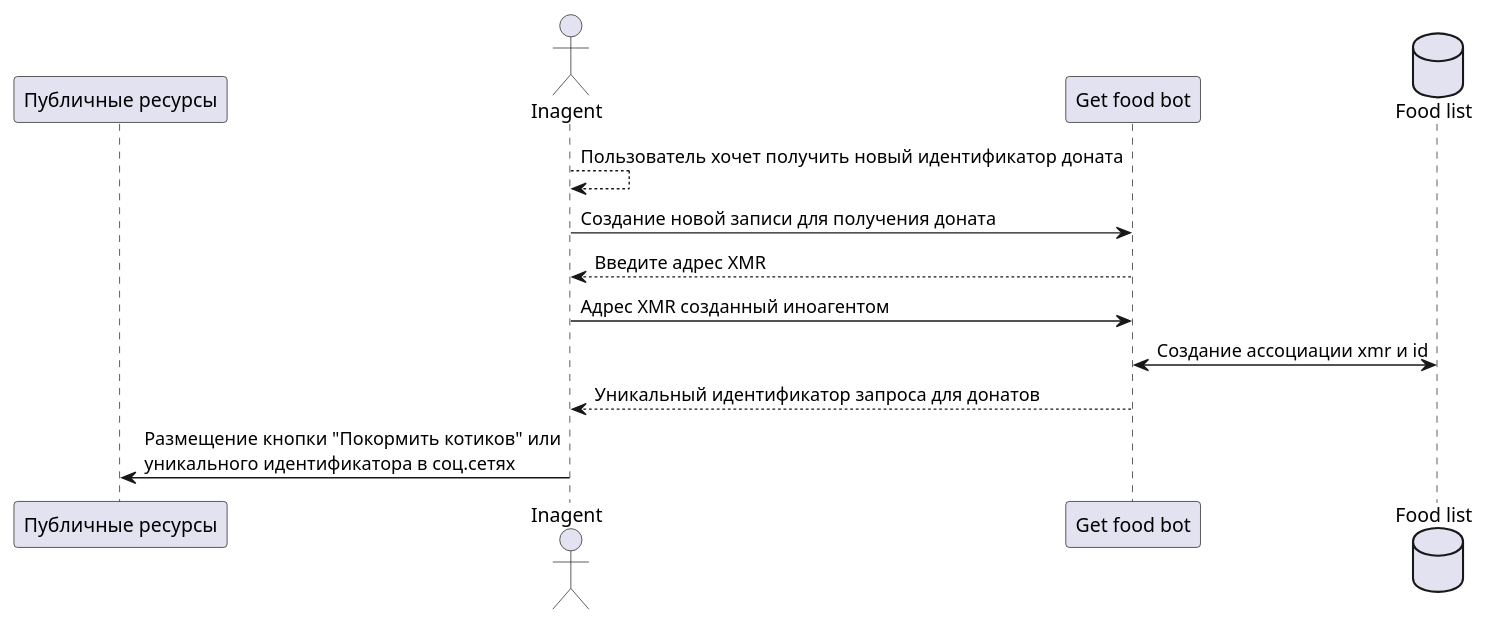
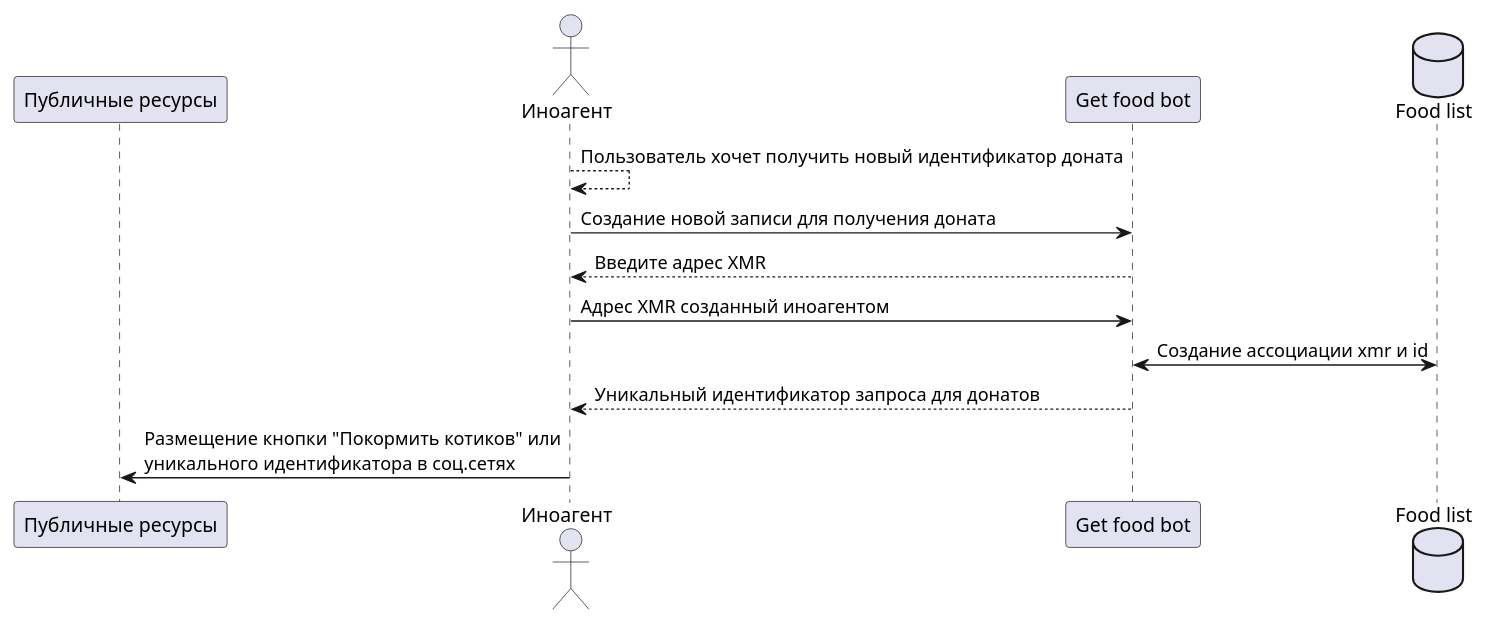
Before and after one commit to lucomsky/quantun: the diagram in user_flow_diagrams/schemes/get_food.puml, drawn with PlantUML.

Commit message:
Fix inoagent naming

```diff
--- a/user_flow_diagrams/schemes/get_food.puml
+++ b/user_flow_diagrams/schemes/get_food.puml
@@ -1,14 +1,14 @@
 @startuml
 participant      "Публичные ресурсы"      as p_res
-actor       Inagent       as usr
+actor       Иноагент       as usr
 participant      "Get food bot"      as gfb
 database    "Food list"    as fdb
 
 usr --> usr: Пользователь хочет получить новый идентификатор доната
 usr -> gfb: Создание новой записи для получения доната
 usr <-- gfb: Введите адрес XMR
 usr -> gfb: Адрес XMR созданный иноагентом
 gfb <-> fdb: Создание ассоциации xmr и id
 usr <-- gfb: Уникальный идентификатор запроса для донатов
 p_res <- usr: Размещение кнопки "Покормить котиков" или\nуникального идентификатора в соц.сетях
 @enduml
```
